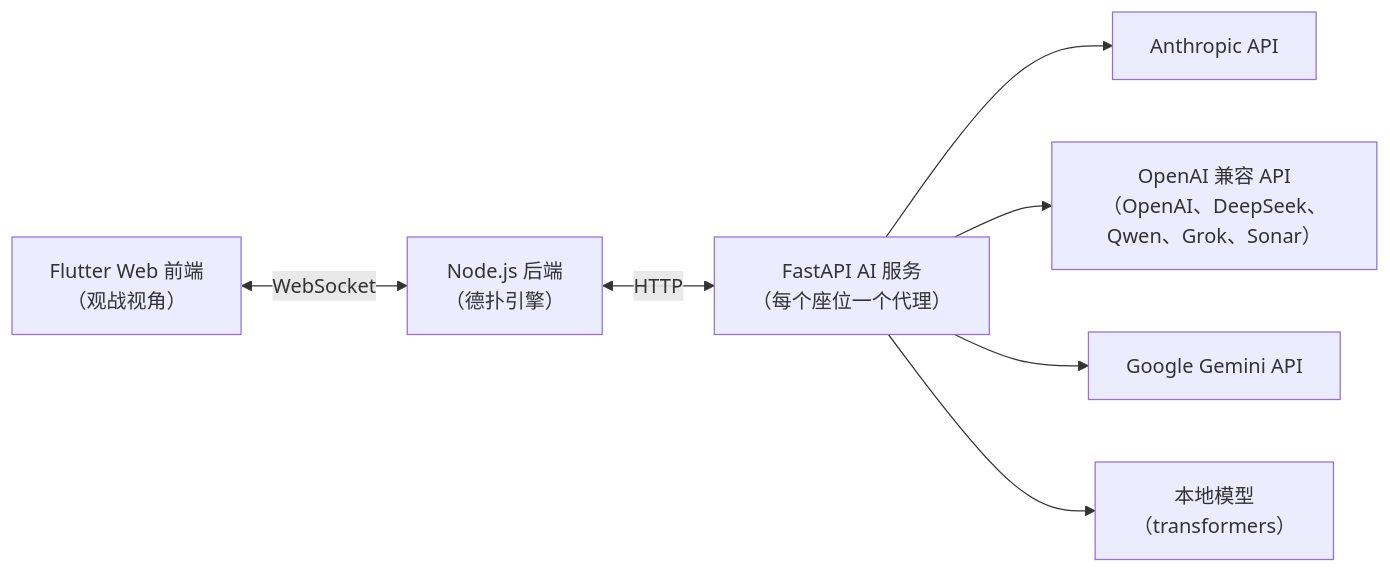
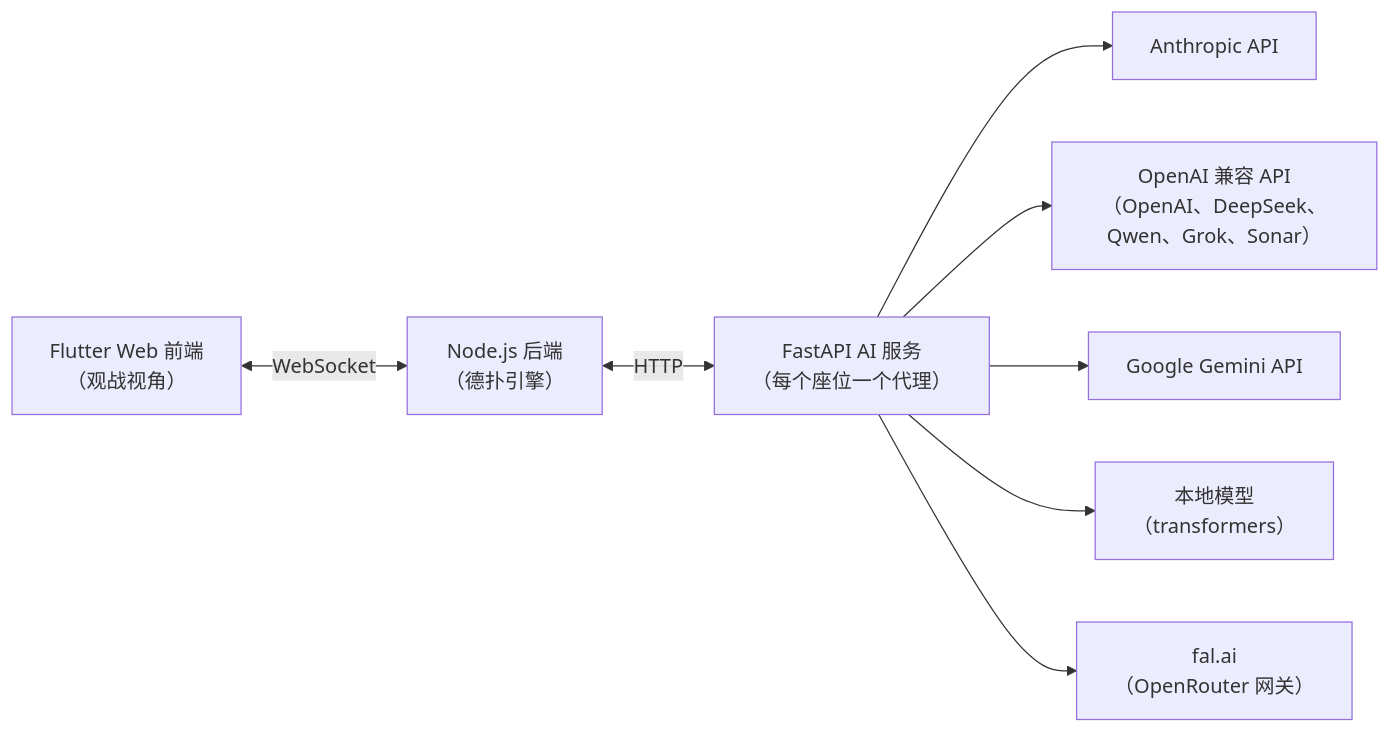
Before and after one commit to Longfei-Zhao/llm-poker: the diagram in README.zh-CN.md, drawn with Mermaid. The commit also changed other lines of this file and 6 other files, not shown here.

````diff
--- a/README.zh-CN.md
+++ b/README.zh-CN.md
@@ -20,9 +20,10 @@
 ```mermaid
 flowchart LR
     UI["Flutter Web 前端<br/>（观战视角）"] <-->|WebSocket| BE["Node.js 后端<br/>（德扑引擎）"]
     BE <-->|HTTP| AI["FastAPI AI 服务<br/>（每个座位一个代理）"]
     AI --> A1["Anthropic API"]
     AI --> A2["OpenAI 兼容 API<br/>（OpenAI、DeepSeek、Qwen、Grok、Sonar）"]
     AI --> A3["Google Gemini API"]
     AI --> A4["本地模型<br/>（transformers）"]
+    AI --> A5["fal.ai<br/>（OpenRouter 网关）"]
 ```
````
